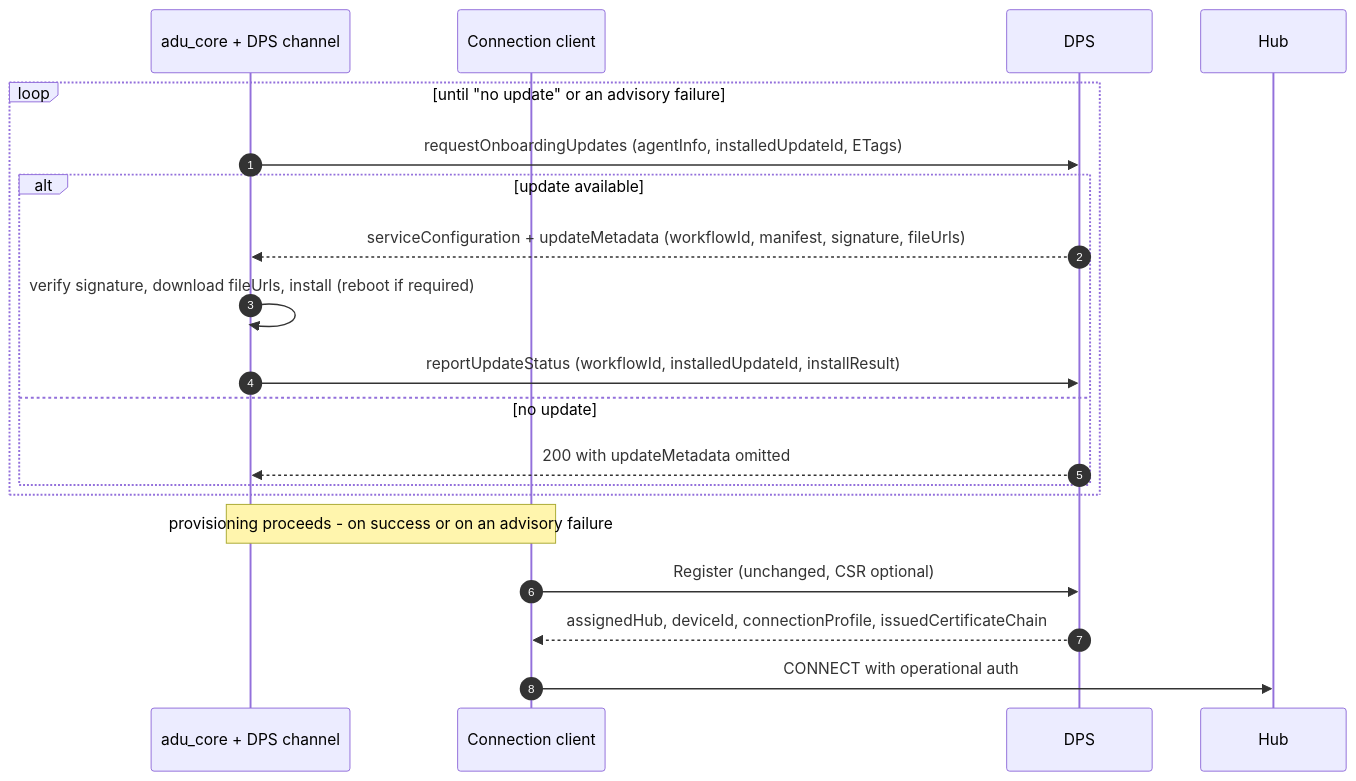
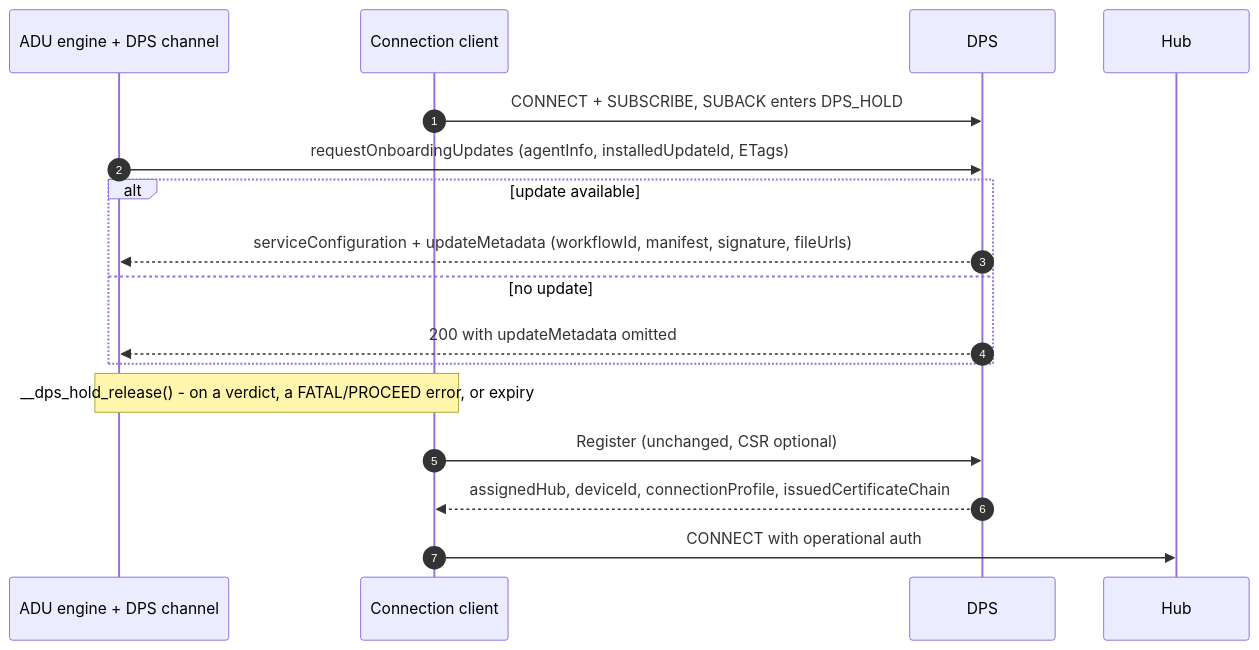
Before and after one commit to Azure/azure-iot-sdk: the seventh of 9 diagrams in c/docs/eng/connection-c.md, drawn with Mermaid. The commit also changed other lines of this file and 2 other files, not shown here.

First line of the commit message:
docs: align the lifecycle with the provisioning-session model

````diff
--- a/c/docs/eng/connection-c.md
+++ b/c/docs/eng/connection-c.md
@@ -571,24 +587,21 @@
 ```mermaid
 sequenceDiagram
     autonumber
-    participant ADU as adu_core + DPS channel
+    participant ADU as ADU engine + DPS channel
     participant Conn as Connection client
     participant DPS
     participant Hub
 
-    loop until "no update" or an advisory failure
-        ADU->>DPS: requestOnboardingUpdates (agentInfo, installedUpdateId, ETags)
-        alt update available
-            DPS-->>ADU: serviceConfiguration + updateMetadata (workflowId, manifest, signature, fileUrls)
-            ADU->>ADU: verify signature, download fileUrls, install (reboot if required)
-            ADU->>DPS: reportUpdateStatus (workflowId, installedUpdateId, installResult)
-        else no update
-            DPS-->>ADU: 200 with updateMetadata omitted
-        end
+    Conn->>DPS: CONNECT + SUBSCRIBE, SUBACK enters DPS_HOLD
+    ADU->>DPS: requestOnboardingUpdates (agentInfo, installedUpdateId, ETags)
+    alt update available
+        DPS-->>ADU: serviceConfiguration + updateMetadata (workflowId, manifest, signature, fileUrls)
+    else no update
+        DPS-->>ADU: 200 with updateMetadata omitted
     end
 
-    Note over ADU,Conn: provisioning proceeds - on success or on an advisory failure
+    Note over ADU,Conn: __dps_hold_release() - on a verdict, a FATAL/PROCEED error, or expiry
     Conn->>DPS: Register (unchanged, CSR optional)
     DPS-->>Conn: assignedHub, deviceId, connectionProfile, issuedCertificateChain
     Conn->>Hub: CONNECT with operational auth
 ```
````
